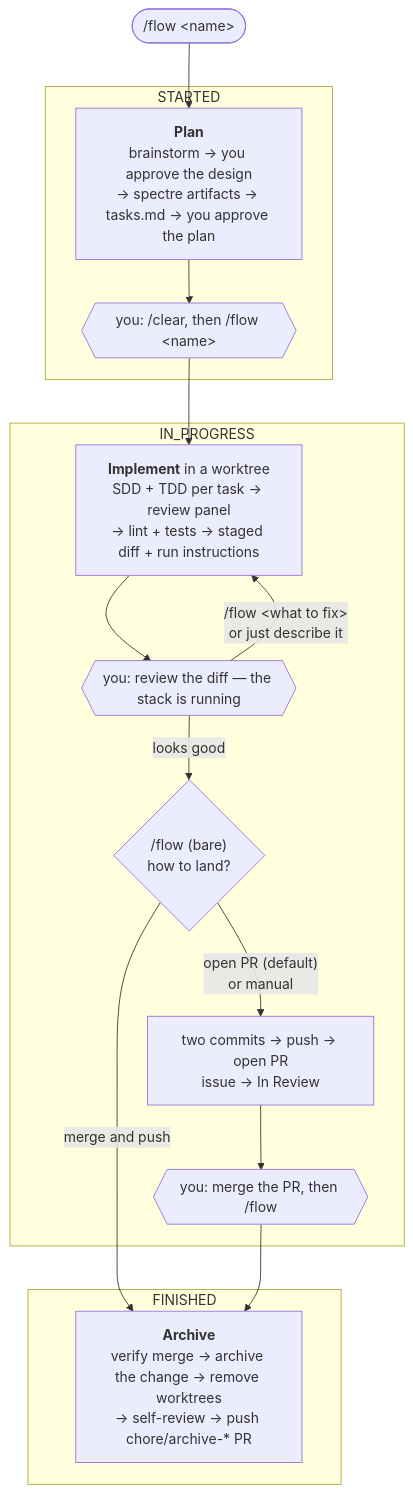
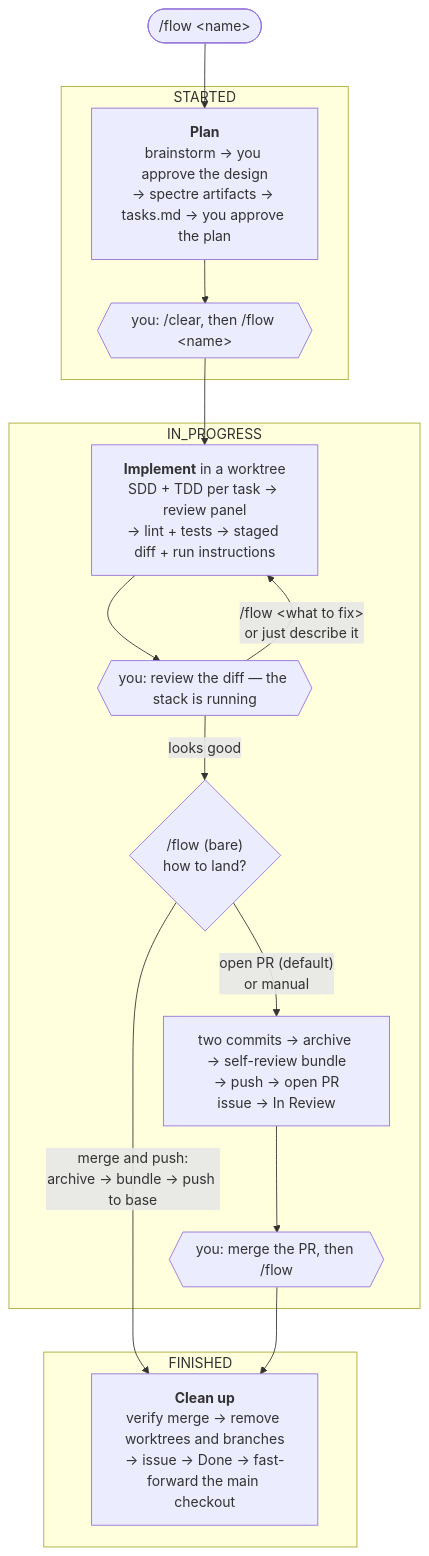
The diagram in README.md (tweety53/agents), drawn with Mermaid before and after one commit. The commit also changed other lines of this file and 43 other files, not shown here.

First line of the commit message:
fix(finish-contract): archive and save the self-review bundle at integrate on the change branch; run 2 only cleans up

````diff
--- a/README.md
+++ b/README.md
@@ -62,32 +62,32 @@
 ```mermaid
 flowchart TD
     kick(["/flow #lt;name#gt;"]) --> plan
 
     subgraph S1 ["STARTED"]
         plan["<b>Plan</b><br/>brainstorm → you approve the design<br/>→ spectre artifacts → tasks.md → you approve the plan"]
         g1{{"you: /clear, then /flow #lt;name#gt;"}}
         plan --> g1
     end
 
     g1 --> impl
 
     subgraph S2 ["IN_PROGRESS"]
         impl["<b>Implement</b> in a worktree<br/>SDD + TDD per task → review panel<br/>→ lint + tests → staged diff + run instructions"]
         g2{{"you: review the diff — the stack is running"}}
         land{"/flow (bare)<br/>how to land?"}
-        pr["two commits → push → open PR<br/>issue → In Review"]
+        pr["two commits → archive → self-review bundle<br/>→ push → open PR<br/>issue → In Review"]
         g3{{"you: merge the PR, then /flow"}}
         impl --> g2
         g2 -- "/flow #lt;what to fix#gt;<br/>or just describe it" --> impl
         g2 -- "looks good" --> land
         land -- "open PR (default)<br/>or manual" --> pr
         pr --> g3
     end
 
     subgraph S3 ["FINISHED"]
-        archive["<b>Archive</b><br/>verify merge → archive the change → remove worktrees<br/>→ self-review → push chore/archive-* PR"]
+        archive["<b>Clean up</b><br/>verify merge → remove worktrees and branches<br/>→ issue → Done → fast-forward the main checkout"]
     end
 
-    land -- "merge and push" --> archive
+    land -- "merge and push:<br/>archive → bundle → push to base" --> archive
     g3 --> archive
 ```
````
